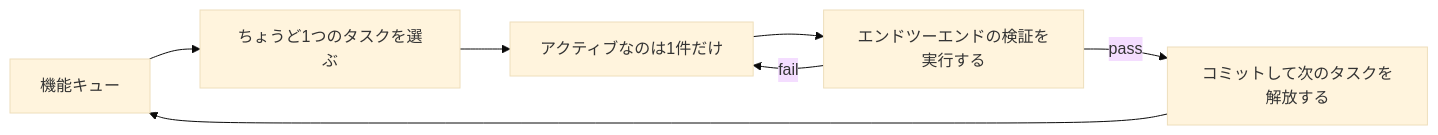
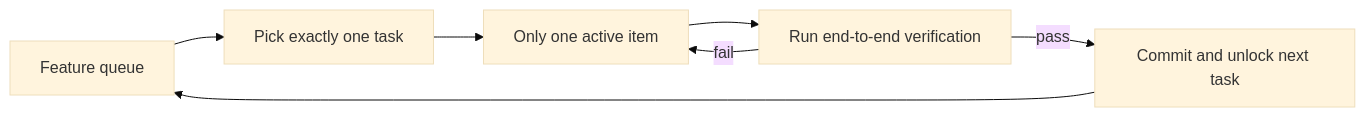
Before and after one commit to mkusaka/learn-harness-engineering: the first of 2 diagrams in docs/en/lectures/lecture-07-why-agents-overreach-and-under-finish/index.md, drawn with Mermaid (base theme). The commit also changed other lines of this file and 684 other files, not shown here.

````diff
--- a/docs/en/lectures/lecture-07-why-agents-overreach-and-under-finish/index.md
+++ b/docs/en/lectures/lecture-07-why-agents-overreach-and-under-finish/index.md
@@ -33,9 +33,9 @@
 ```mermaid
 flowchart LR
-    Queue["機能キュー"] --> Pick["ちょうど1つのタスクを選ぶ"]
-    Pick --> Active["アクティブなのは1件だけ"]
-    Active --> Verify["エンドツーエンドの検証を実行する"]
-    Verify -->|pass| Commit["コミットして次のタスクを解放する"]
+    Queue["Feature queue"] --> Pick["Pick exactly one task"]
+    Pick --> Active["Only one active item"]
+    Active --> Verify["Run end-to-end verification"]
+    Verify -->|pass| Commit["Commit and unlock next task"]
     Verify -->|fail| Active
     Commit --> Queue
 ```
````
